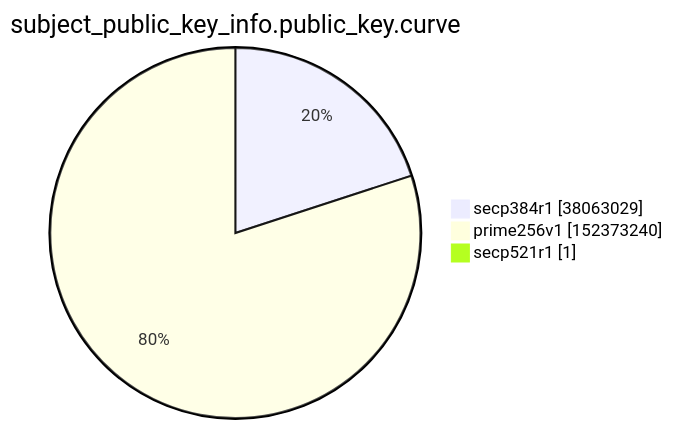
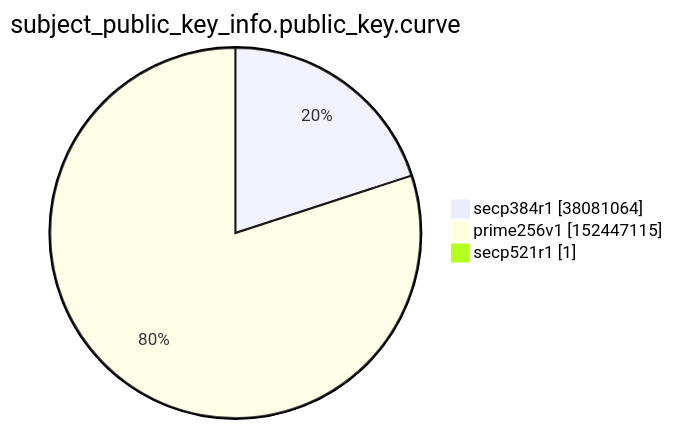
One commit to christiankrug/ctmonitor_visualization changed the ninth of 15 diagrams in xenon2022/README.md. Above: the diagram before and after it, drawn with Mermaid. The commit also changed other lines of this file, not shown here.

````diff
--- a/xenon2022/README.md
+++ b/xenon2022/README.md
@@ -2860,7 +2860,7 @@
 ```mermaid
 pie showData
 title subject_public_key_info.public_key.curve
-"secp384r1" :38063029
-"prime256v1" :152373240
+"secp384r1" :38081064
+"prime256v1" :152447115
 "secp521r1" :1
 ```
````
